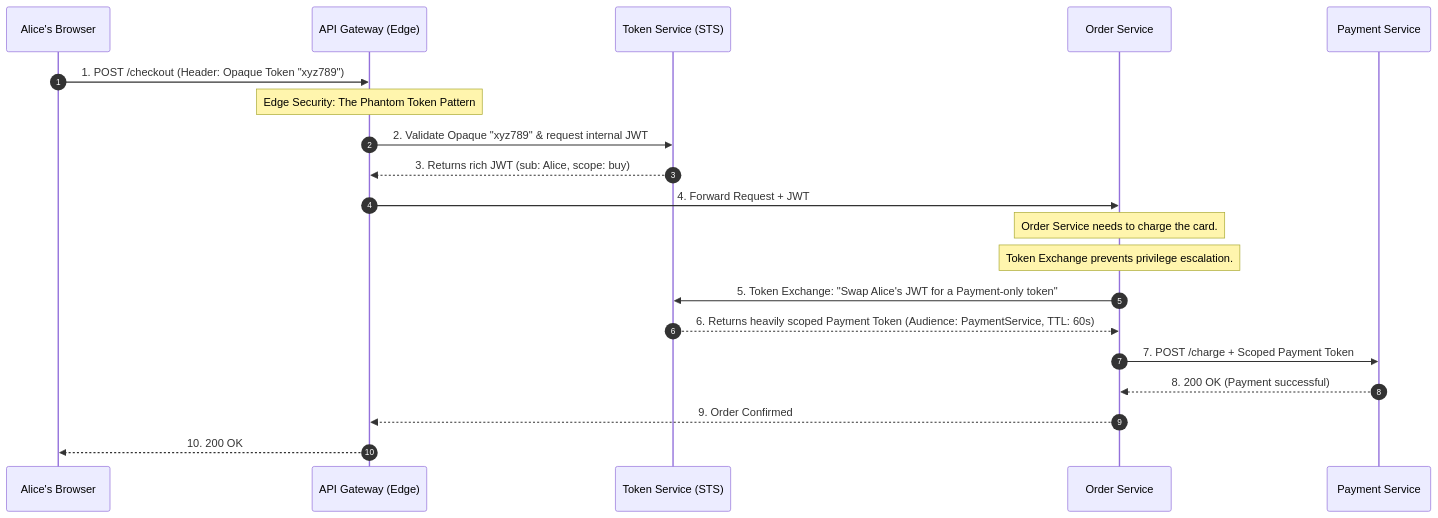
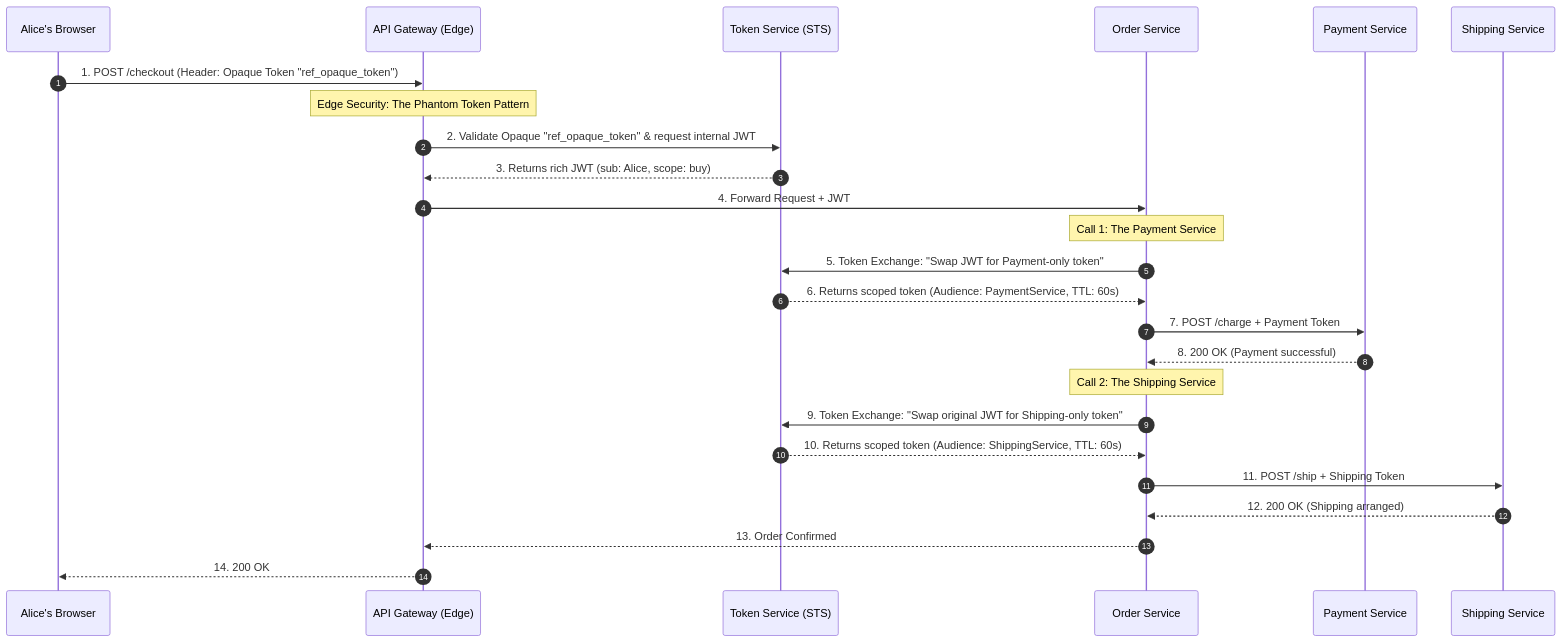
Before and after one commit to nirajp82/IdentityAccessManagement_IAM: the third of 3 diagrams in Quiz/02_EDGE_SECURITY_TOKENS_AND_SESSION_MANAGEMENT.md, drawn with Mermaid. The commit also changed other lines of this file, not shown here.

````diff
--- a/Quiz/02_EDGE_SECURITY_TOKENS_AND_SESSION_MANAGEMENT.md
+++ b/Quiz/02_EDGE_SECURITY_TOKENS_AND_SESSION_MANAGEMENT.md
@@ -232,30 +236,35 @@
 ```mermaid
 sequenceDiagram
     autonumber
     participant Browser as Alice's Browser
     participant Gateway as API Gateway (Edge)
     participant STS as Token Service (STS)
     participant Order as Order Service
     participant Payment as Payment Service
+    participant Shipping as Shipping Service
 
-    Browser->>Gateway: 1. POST /checkout (Header: Opaque Token "xyz789")
+    Browser->>Gateway: 1. POST /checkout (Header: Opaque Token "ref_opaque_token")
     
     Note over Gateway: Edge Security: The Phantom Token Pattern
-    Gateway->>STS: 2. Validate Opaque "xyz789" & request internal JWT
+    Gateway->>STS: 2. Validate Opaque "ref_opaque_token" & request internal JWT
     STS-->>Gateway: 3. Returns rich JWT (sub: Alice, scope: buy)
     
     Gateway->>Order: 4. Forward Request + JWT
     
-    Note over Order: Order Service needs to charge the card.
-    Note over Order: Token Exchange prevents privilege escalation.
+    Note over Order: Call 1: The Payment Service
+    Order->>STS: 5. Token Exchange: "Swap JWT for Payment-only token"
+    STS-->>Order: 6. Returns scoped token (Audience: PaymentService, TTL: 60s)
     
-    Order->>STS: 5. Token Exchange: "Swap Alice's JWT for a Payment-only token"
-    STS-->>Order: 6. Returns heavily scoped Payment Token (Audience: PaymentService, TTL: 60s)
-    
-    Order->>Payment: 7. POST /charge + Scoped Payment Token
+    Order->>Payment: 7. POST /charge + Payment Token
     Payment-->>Order: 8. 200 OK (Payment successful)
     
-    Order-->>Gateway: 9. Order Confirmed
-    Gateway-->>Browser: 10. 200 OK
-
+    Note over Order: Call 2: The Shipping Service
+    Order->>STS: 9. Token Exchange: "Swap original JWT for Shipping-only token"
+    STS-->>Order: 10. Returns scoped token (Audience: ShippingService, TTL: 60s)
+    
+    Order->>Shipping: 11. POST /ship + Shipping Token
+    Shipping-->>Order: 12. 200 OK (Shipping arranged)
+    
+    Order-->>Gateway: 13. Order Confirmed
+    Gateway-->>Browser: 14. 200 OK
 ```
````
